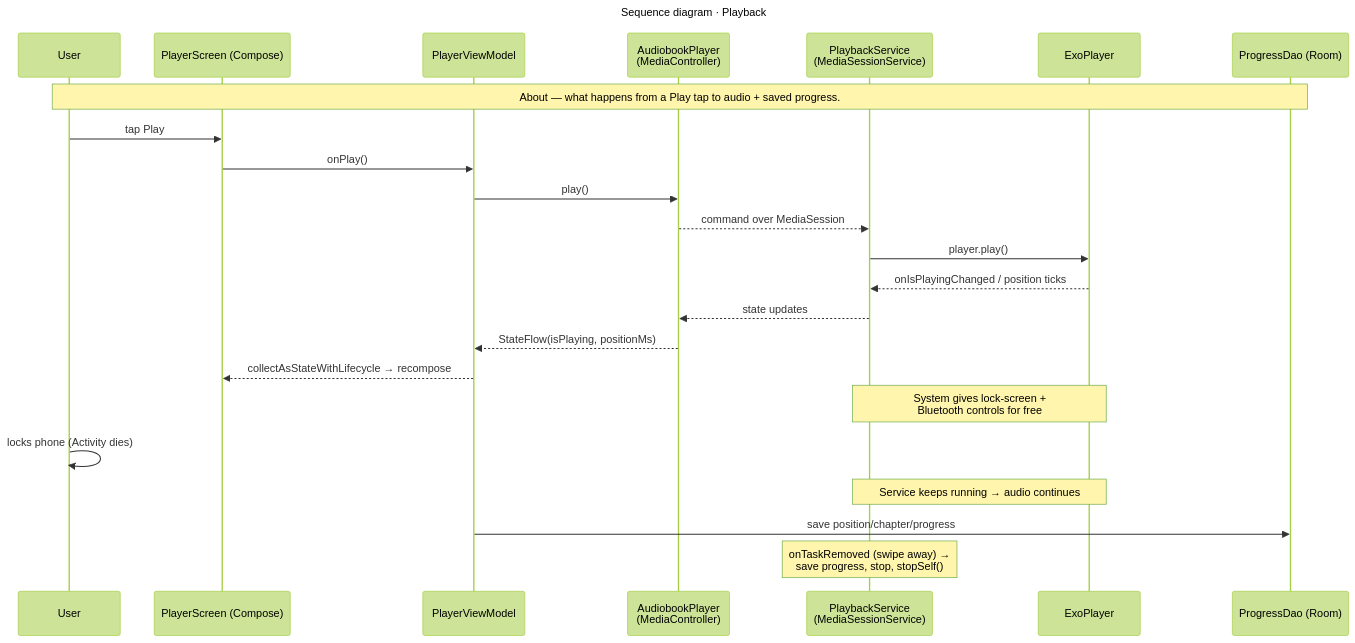
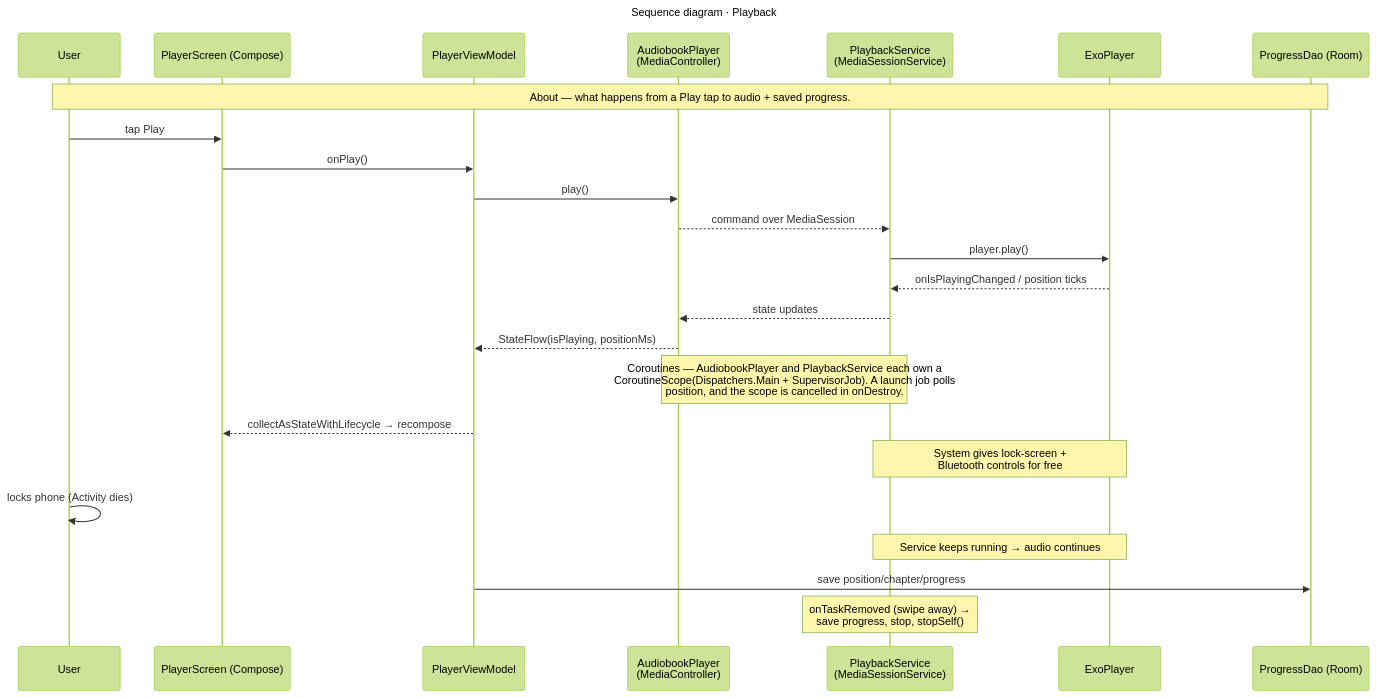
The fourth of 9 diagrams in Final Submission Project/ARCHITECTURE.md (DICEsda/Mobile-Application-Development-COURSE), drawn with Mermaid (forest theme) before and after one commit. The commit also changed other lines of this file and 4 other files, not shown here.

First line of the commit message:
docs: highlight coroutine usage with note boxes on key diagrams

````diff
--- a/Final Submission Project/ARCHITECTURE.md
+++ b/Final Submission Project/ARCHITECTURE.md
@@ -194,32 +198,33 @@
 ```mermaid
 ---
 title: "Sequence diagram · Playback"
 ---
 sequenceDiagram
     participant U as User
     participant PS as PlayerScreen (Compose)
     participant VM as PlayerViewModel
     participant AP as AudiobookPlayer<br/>(MediaController)
     participant SVC as PlaybackService<br/>(MediaSessionService)
     participant EXO as ExoPlayer
     participant DAO as ProgressDao (Room)
 
     note over U,DAO: About — what happens from a Play tap to audio + saved progress.
     U->>PS: tap Play
     PS->>VM: onPlay()
     VM->>AP: play()
     AP-->>SVC: command over MediaSession
     SVC->>EXO: player.play()
     EXO-->>SVC: onIsPlayingChanged / position ticks
     SVC-->>AP: state updates
     AP-->>VM: StateFlow(isPlaying, positionMs)
+    note over AP,SVC: Coroutines — AudiobookPlayer and PlaybackService each own a<br/>CoroutineScope(Dispatchers.Main + SupervisorJob). A launch job polls<br/>position, and the scope is cancelled in onDestroy.
     VM-->>PS: collectAsStateWithLifecycle → recompose
 
     Note over EXO,SVC: System gives lock-screen +<br/>Bluetooth controls for free
 
     U->>U: locks phone (Activity dies)
     Note over SVC,EXO: Service keeps running → audio continues
 
     VM->>DAO: save position/chapter/progress
     Note over SVC: onTaskRemoved (swipe away) →<br/>save progress, stop, stopSelf()
 ```
````
